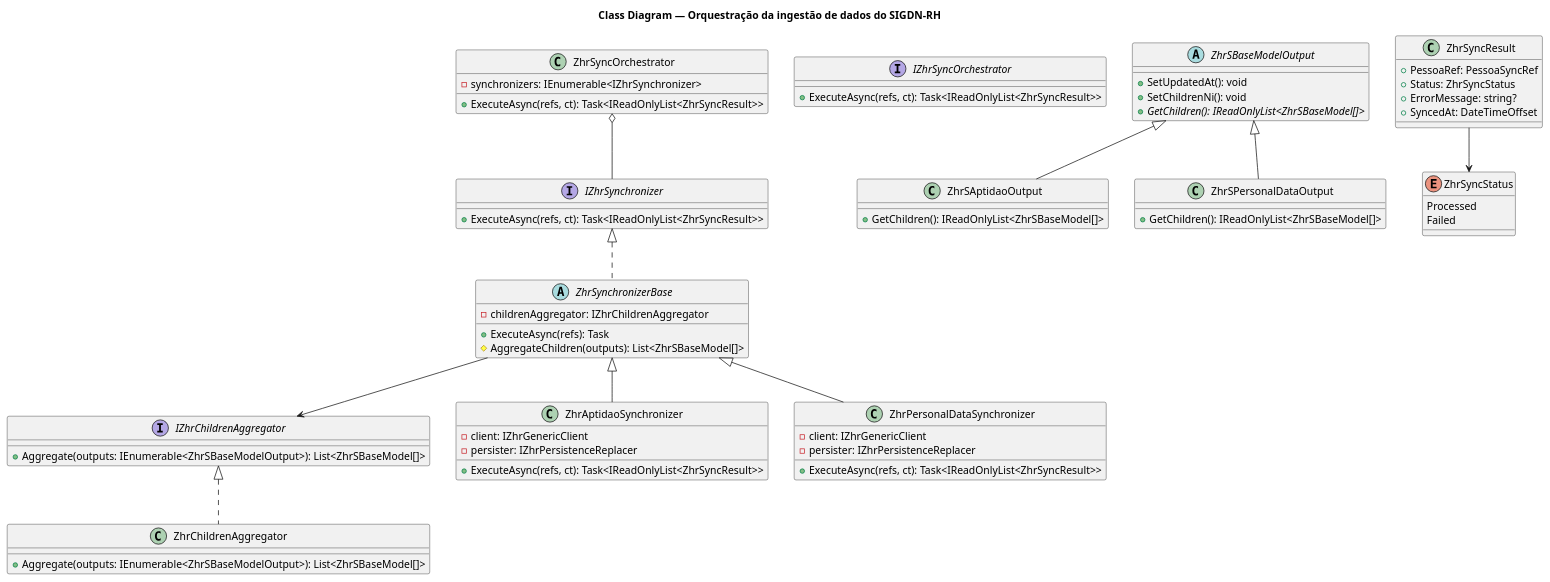
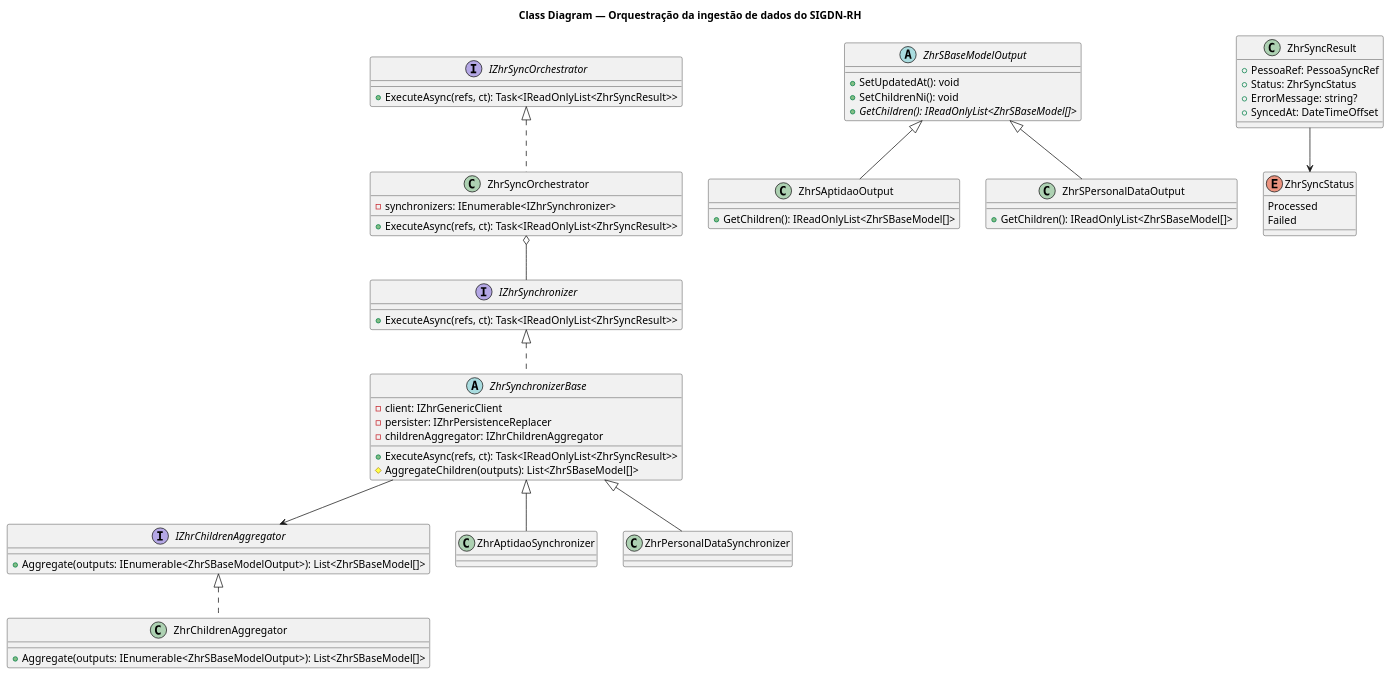
Before and after one commit to Raimundo82/pessoas-integracao: the first of 2 diagrams in docs/adr/ADR-002-sync-orchestration-strategy.md, drawn with PlantUML.

Commit message:
docs: update ADR-002 class diagram to reflect synchronizer hierarchy and method signatures

````diff
--- a/docs/adr/ADR-002-sync-orchestration-strategy.md
+++ b/docs/adr/ADR-002-sync-orchestration-strategy.md
@@ -61,82 +61,79 @@
 ```plantuml
 @startuml Class Diagram
 
 title Class Diagram — Orquestração da ingestão de dados do SIGDN-RH
 
 interface IZhrSynchronizer {
     +ExecuteAsync(refs, ct): Task<IReadOnlyList<ZhrSyncResult>>
 }
 
 interface IZhrSyncOrchestrator {
     +ExecuteAsync(refs, ct): Task<IReadOnlyList<ZhrSyncResult>>
 }
 
 interface IZhrChildrenAggregator {
     +Aggregate(outputs: IEnumerable<ZhrSBaseModelOutput>): List<ZhrSBaseModel[]>
 }
 
 abstract class ZhrSBaseModelOutput {
     +SetUpdatedAt(): void
     +SetChildrenNi(): void
     +{abstract} GetChildren(): IReadOnlyList<ZhrSBaseModel[]>
 }
 
 abstract class ZhrSynchronizerBase {
+    -client: IZhrGenericClient
+    -persister: IZhrPersistenceReplacer
     -childrenAggregator: IZhrChildrenAggregator
-    +ExecuteAsync(refs): Task
+    +ExecuteAsync(refs, ct): Task<IReadOnlyList<ZhrSyncResult>>
     #AggregateChildren(outputs): List<ZhrSBaseModel[]>
 }
 
 class ZhrSyncOrchestrator {
     -synchronizers: IEnumerable<IZhrSynchronizer>
     +ExecuteAsync(refs, ct): Task<IReadOnlyList<ZhrSyncResult>>
 }
 
 class ZhrAptidaoSynchronizer {
-    -client: IZhrGenericClient
-    -persister: IZhrPersistenceReplacer
-    +ExecuteAsync(refs, ct): Task<IReadOnlyList<ZhrSyncResult>>
 }
 
 class ZhrPersonalDataSynchronizer {
-    -client: IZhrGenericClient
-    -persister: IZhrPersistenceReplacer
-    +ExecuteAsync(refs, ct): Task<IReadOnlyList<ZhrSyncResult>>
 }
 
 class ZhrSyncResult {
     +PessoaRef: PessoaSyncRef
     +Status: ZhrSyncStatus
     +ErrorMessage: string?
     +SyncedAt: DateTimeOffset
 }
 
 enum ZhrSyncStatus {
     Processed
     Failed
 }
 
 class ZhrChildrenAggregator {
     +Aggregate(outputs: IEnumerable<ZhrSBaseModelOutput>): List<ZhrSBaseModel[]>
 }
 
 class ZhrSAptidaoOutput {
     +GetChildren(): IReadOnlyList<ZhrSBaseModel[]>
 }
 
 class ZhrSPersonalDataOutput {
     +GetChildren(): IReadOnlyList<ZhrSBaseModel[]>
 }
 
+IZhrSyncOrchestrator <|.. ZhrSyncOrchestrator
 ZhrSyncOrchestrator o-- IZhrSynchronizer
 IZhrSynchronizer <|.. ZhrSynchronizerBase
 ZhrSynchronizerBase <|-- ZhrAptidaoSynchronizer
 ZhrSynchronizerBase <|-- ZhrPersonalDataSynchronizer
 ZhrSynchronizerBase --> IZhrChildrenAggregator
 IZhrChildrenAggregator <|.. ZhrChildrenAggregator
 ZhrSyncResult --> ZhrSyncStatus
 ZhrSBaseModelOutput <|-- ZhrSAptidaoOutput
 ZhrSBaseModelOutput <|-- ZhrSPersonalDataOutput
 
 @enduml
 ```
````
